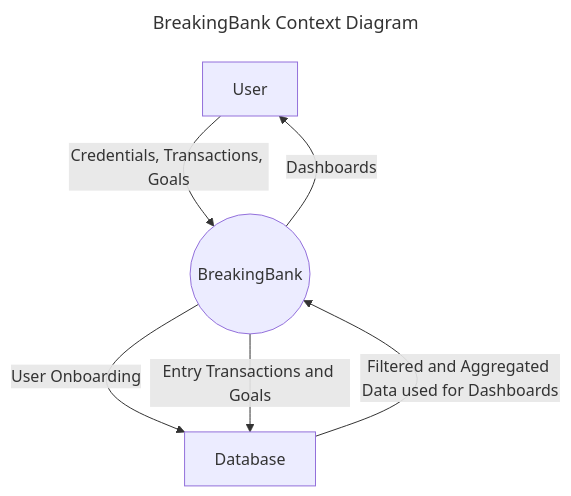
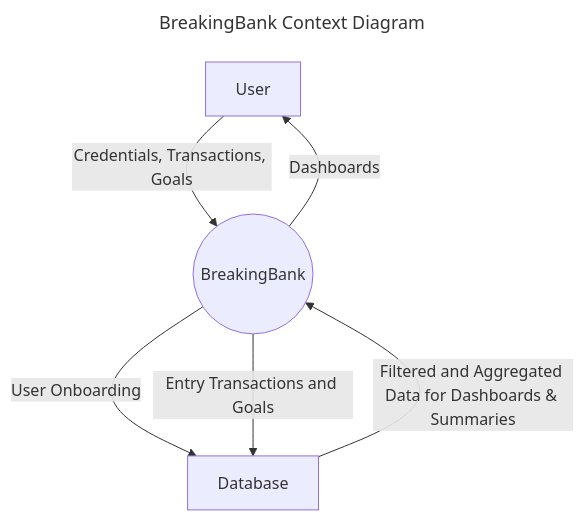
One commit to AlexandriaParkCS/2026-y12-SE-PhilipYaroshchyk-pwa-obsidian-portfolio changed the first of 5 diagrams in 02. My Portfolio/3. Application Design/AD-02 Data Flow Diagrams.md. Above: the diagram before and after it, drawn with Mermaid. The commit also changed other lines of this file and 4 other files, not shown here.

Commit message:
structure chart section in progress

````diff
--- a/02. My Portfolio/3. Application Design/AD-02 Data Flow Diagrams.md
+++ b/02. My Portfolio/3. Application Design/AD-02 Data Flow Diagrams.md
@@ -9,18 +9,18 @@
 ```mermaid
 --- 
 title: BreakingBank Context Diagram
 ---
 flowchart
 
 User
 BreakingBank((BreakingBank))
 Database
 
 User -- Credentials, Transactions, Goals --> BreakingBank 
 BreakingBank -- Dashboards --> User
 
 BreakingBank -- User Onboarding --> Database
 
 BreakingBank -- Entry Transactions and Goals --> Database
-Database -- Filtered and Aggregated Data used for Dashboards --> BreakingBank
+Database -- Filtered and Aggregated Data for Dashboards & Summaries--> BreakingBank
 ```
````
